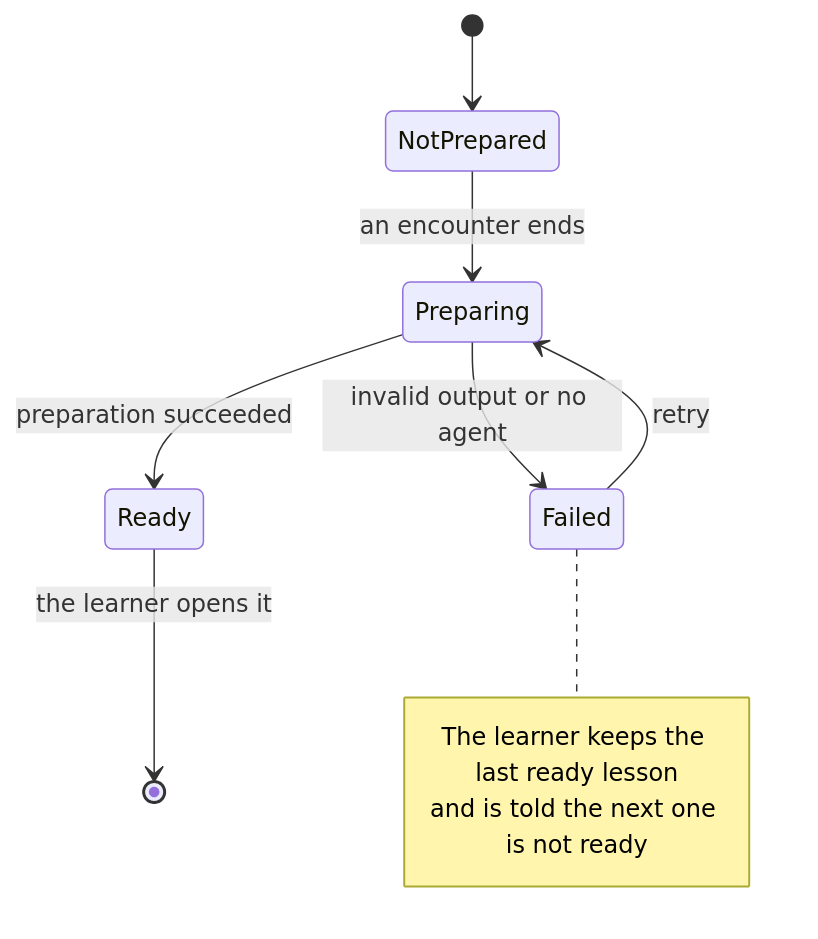
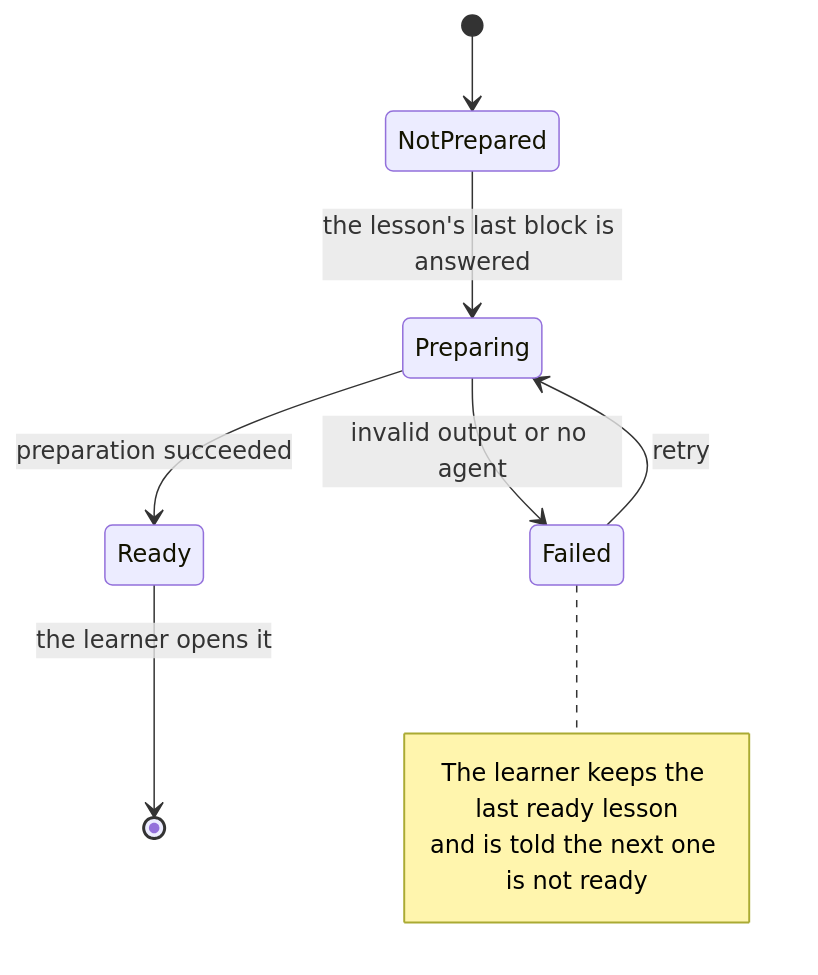
One commit to flyingrobots/school changed the third of 6 diagrams in docs/rfc/0002-lessons-written-for-each-learner.md. Above: the diagram before and after it, drawn with Mermaid. The commit also changed other lines of this file and 3 other files, not shown here.

````diff
--- a/docs/rfc/0002-lessons-written-for-each-learner.md
+++ b/docs/rfc/0002-lessons-written-for-each-learner.md
@@ -170,13 +177,13 @@
 ```mermaid
 stateDiagram-v2
     [*] --> NotPrepared
-    NotPrepared --> Preparing: an encounter ends
+    NotPrepared --> Preparing: the lesson's last block is answered
     Preparing --> Ready: preparation succeeded
     Preparing --> Failed: invalid output or no agent
     Failed --> Preparing: retry
     Ready --> [*]: the learner opens it
     note right of Failed
         The learner keeps the last ready lesson
         and is told the next one is not ready
     end note
 ```
````
